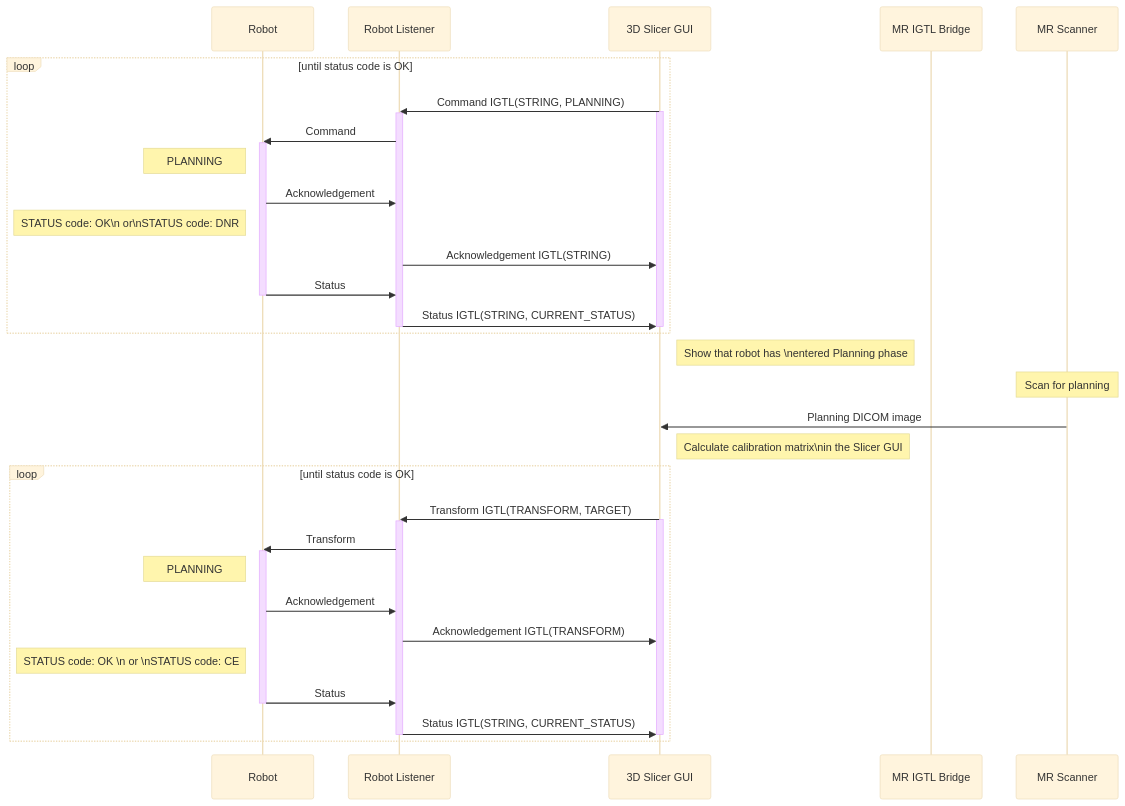
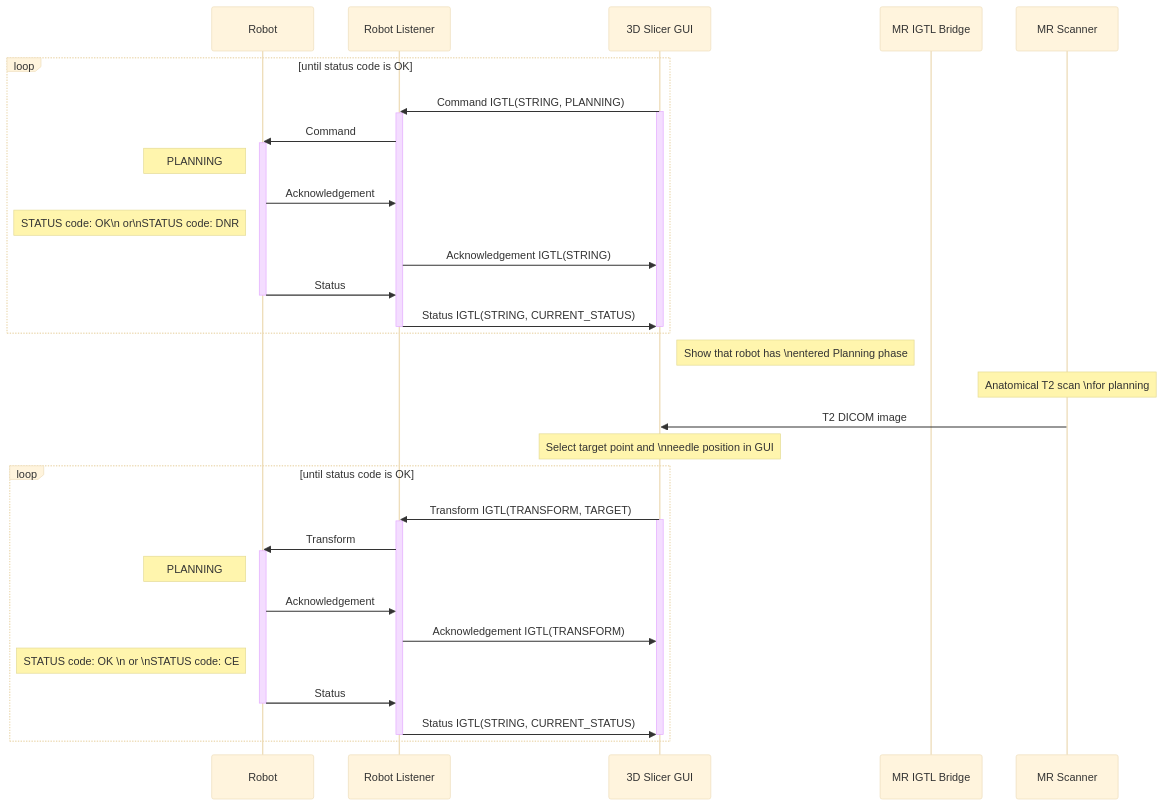
The third of 6 diagrams in README.md (ProstateBRP/BRPRobot2021), drawn with Mermaid (base theme) before and after one commit.

````diff
--- a/README.md
+++ b/README.md
@@ -114,48 +114,48 @@
 ```mermaid
 sequenceDiagram
 
 participant R as Robot
 participant RL as Robot Listener
 participant SGUI as 3D Slicer GUI
 participant MRIGTL  as MR IGTL Bridge
 participant MRS as MR Scanner
 
 
 loop until status code is OK
 SGUI->>RL:Command IGTL(STRING, PLANNING)
 activate SGUI
 activate RL
 RL->>R:Command
 activate R
 note left of R:PLANNING
 R->>RL:Acknowledgement
 note left of R:STATUS code: OK\n              or\nSTATUS code: DNR
 RL->>SGUI:Acknowledgement IGTL(STRING)
 R->>RL:Status
 deactivate R
 RL->>SGUI:Status IGTL(STRING, CURRENT_STATUS)
 deactivate SGUI
 deactivate RL
 end
 note right of SGUI:Show that robot has \nentered Planning phase
-note over MRS:Scan for planning
-MRS->>SGUI:Planning DICOM image
-note right of SGUI:Calculate calibration matrix\nin the Slicer GUI
+note over MRS:Anatomical T2 scan \nfor planning
+MRS->>SGUI:T2 DICOM image
+note over SGUI:Select target point and \nneedle position in GUI
 loop until status code is OK
 SGUI->>RL:Transform IGTL(TRANSFORM, TARGET)
 activate SGUI
 activate RL
 RL->>R:Transform
 activate R
 note left of R:PLANNING
 R->>RL:Acknowledgement
 RL->>SGUI:Acknowledgement IGTL(TRANSFORM)
 note left of R:STATUS code: OK \n              or \nSTATUS code: CE
 R->>RL:Status
 deactivate R
 RL->>SGUI:Status IGTL(STRING, CURRENT_STATUS)
 deactivate SGUI
 deactivate RL
 
 end
 ```
````
